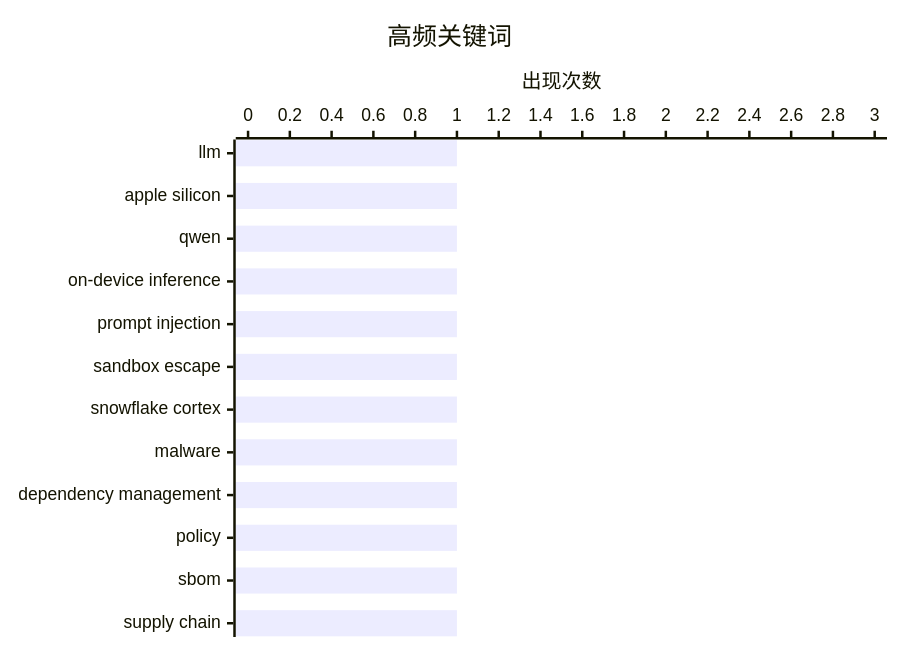
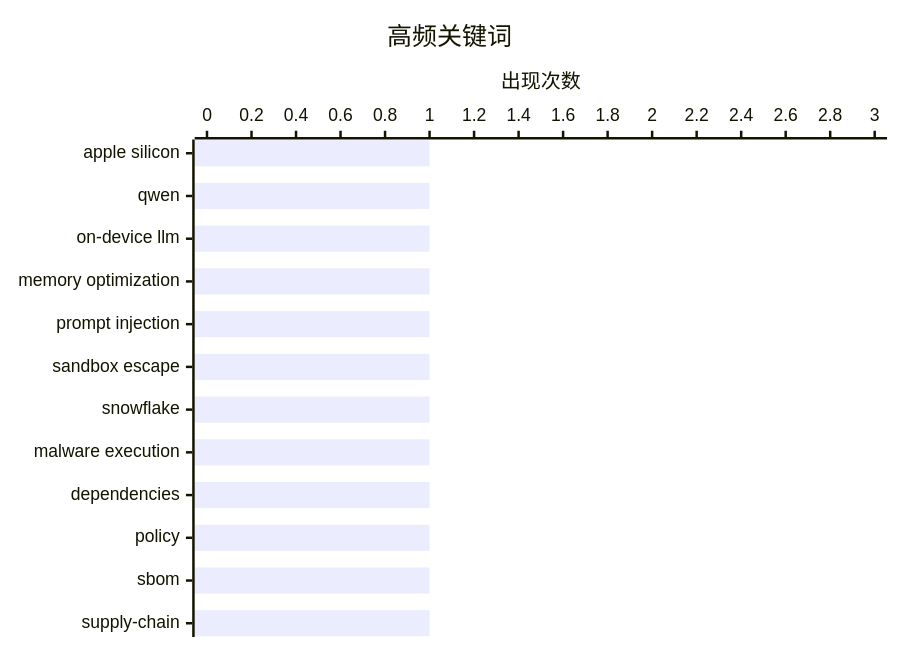
One commit to originem0/SZBlog changed the second of 2 diagrams in content/ai-daily/2026-03-19.md. Above: the diagram before and after it, drawn with Mermaid. The commit also changed other lines of this file, not shown here.

````diff
--- a/content/ai-daily/2026-03-19.md
+++ b/content/ai-daily/2026-03-19.md
@@ -59,7 +71,7 @@
 ```mermaid
 xychart-beta horizontal
     title "高频关键词"
-    x-axis ["llm", "apple silicon", "qwen", "on-device inference", "prompt injection", "sandbox escape", "snowflake cortex", "malware", "dependency management", "policy", "sbom", "supply chain"]
+    x-axis ["apple silicon", "qwen", "on-device llm", "memory optimization", "prompt injection", "sandbox escape", "snowflake", "malware execution", "dependencies", "policy", "sbom", "supply-chain"]
     y-axis "出现次数" 0 --> 3
     bar [1, 1, 1, 1, 1, 1, 1, 1, 1, 1, 1, 1]
 ```
````
